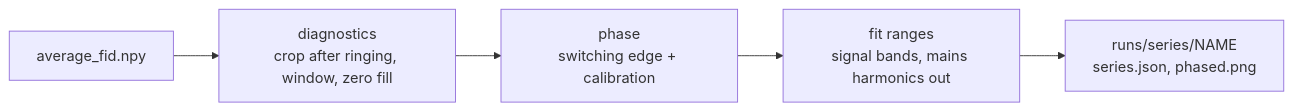
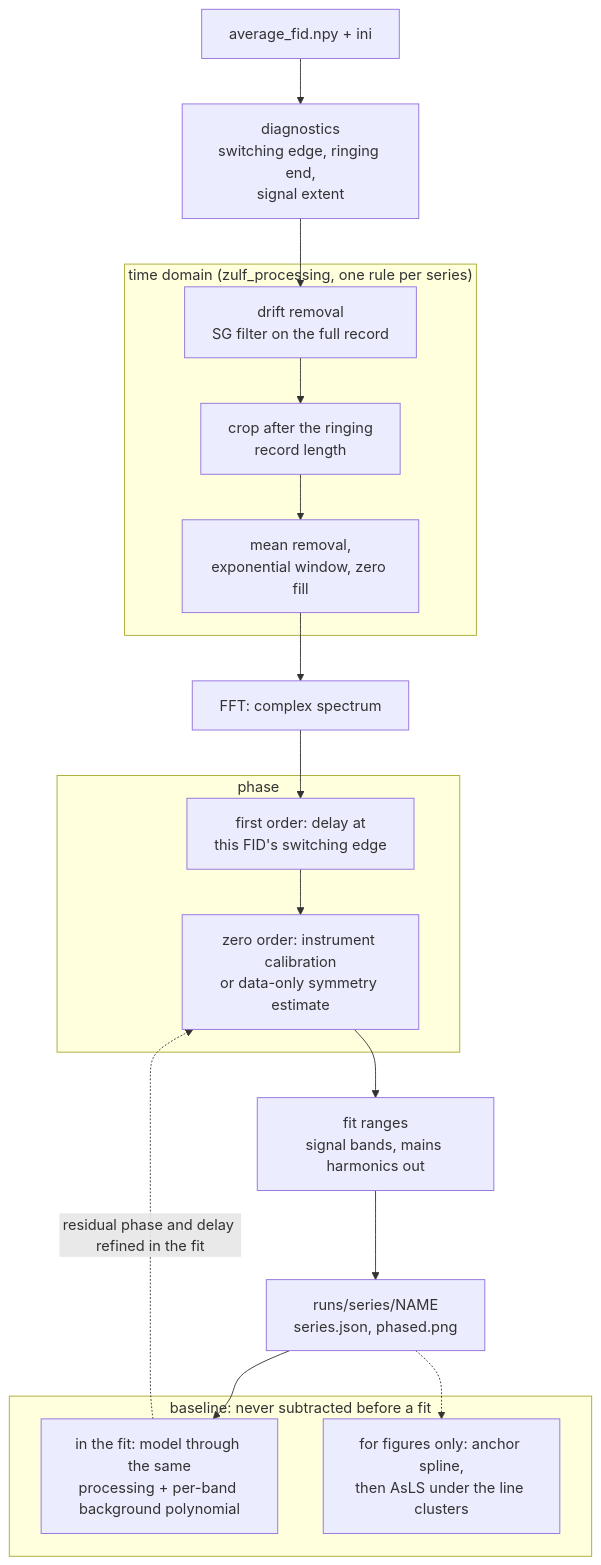
One commit to gao-xh/ZULF_Model changed the third of 8 diagrams in docs/WORKFLOW.md. Above: the diagram before and after it, drawn with Mermaid. The commit also changed other lines of this file, not shown here.

Commit message:
docs: processing, phase and baseline steps in workflow W2

````diff
--- a/docs/WORKFLOW.md
+++ b/docs/WORKFLOW.md
@@ -80,7 +80,26 @@
 ```mermaid
-flowchart LR
-    fid["average_fid.npy"] --> diag["diagnostics<br/>crop after ringing, window, zero fill"]
-    diag --> phase["phase<br/>switching edge + calibration"]
-    phase --> ranges["fit ranges<br/>signal bands, mains harmonics out"]
+flowchart TD
+    fid["average_fid.npy + ini"] --> diag["diagnostics<br/>switching edge, ringing end,<br/>signal extent"]
+    subgraph time["time domain (zulf_processing, one rule per series)"]
+        drift["drift removal<br/>SG filter on the full record"]
+        crop["crop after the ringing<br/>record length"]
+        win["mean removal,<br/>exponential window, zero fill"]
+        drift --> crop --> win
+    end
+    diag --> drift
+    win --> fft["FFT: complex spectrum"]
+    subgraph phase["phase"]
+        p1["first order: delay at<br/>this FID's switching edge"]
+        p0["zero order: instrument calibration<br/>or data-only symmetry estimate"]
+    end
+    fft --> p1 --> p0
+    p0 --> ranges["fit ranges<br/>signal bands, mains harmonics out"]
     ranges --> entry["runs/series/NAME<br/>series.json, phased.png"]
+    subgraph baseline["baseline: never subtracted before a fit"]
+        bfit["in the fit: model through the same<br/>processing + per-band background polynomial"]
+        bdisp["for figures only: anchor spline,<br/>then AsLS under the line clusters"]
+    end
+    entry --> bfit
+    entry -.-> bdisp
+    bfit -. "residual phase and delay refined in the fit" .-> p0
 ```
````
